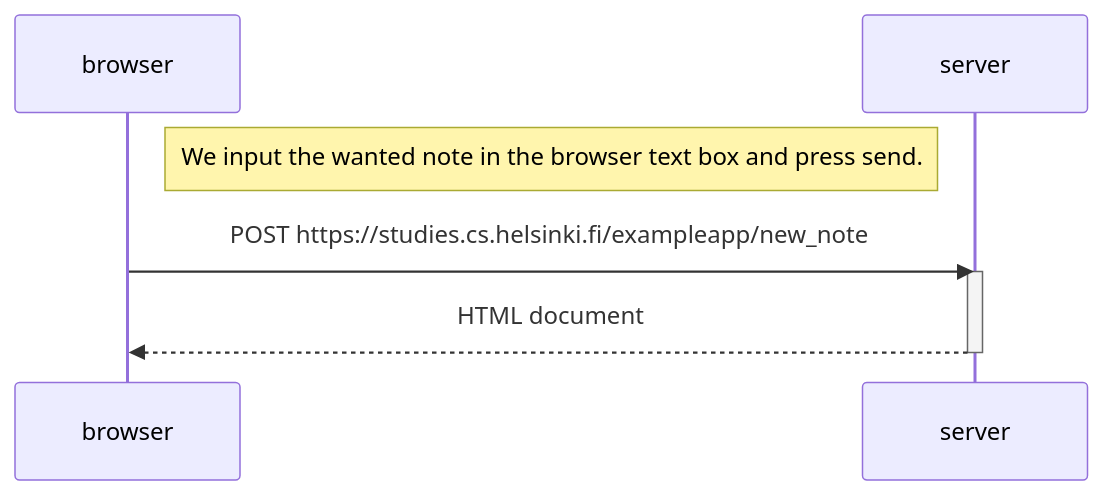
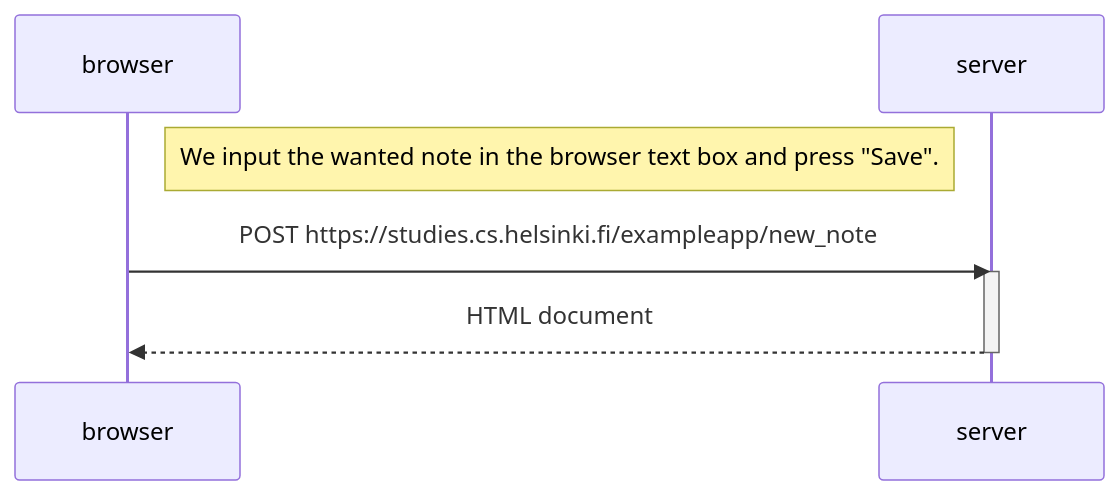
The diagram in part 0/diagram.md (karlo-kormanic/Fullstack_open), drawn with Mermaid before and after one commit.

Commit message:
description change

````diff
--- a/part 0/diagram.md
+++ b/part 0/diagram.md
@@ -1,12 +1,12 @@
 ```mermaid
   sequenceDiagram
     participant browser
     participant server
 
-    Note right of browser: We input the wanted note in the browser text box and press send.
+    Note right of browser: We input the wanted note in the browser text box and press "Save".
     
     browser->>server: POST https://studies.cs.helsinki.fi/exampleapp/new_note
     activate server
     server-->>browser: HTML document
     deactivate server
 ```
````
